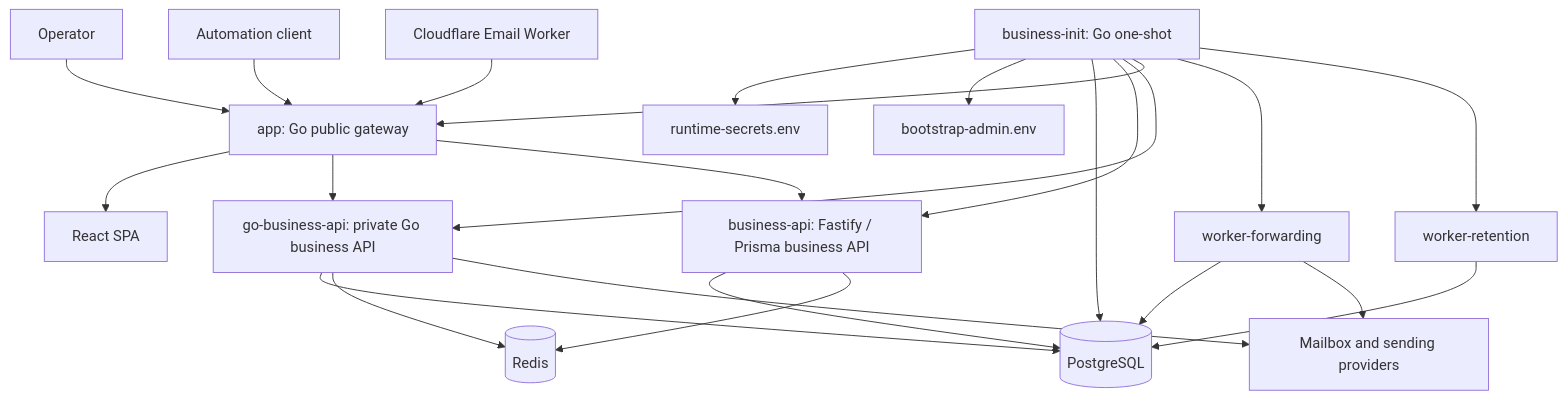
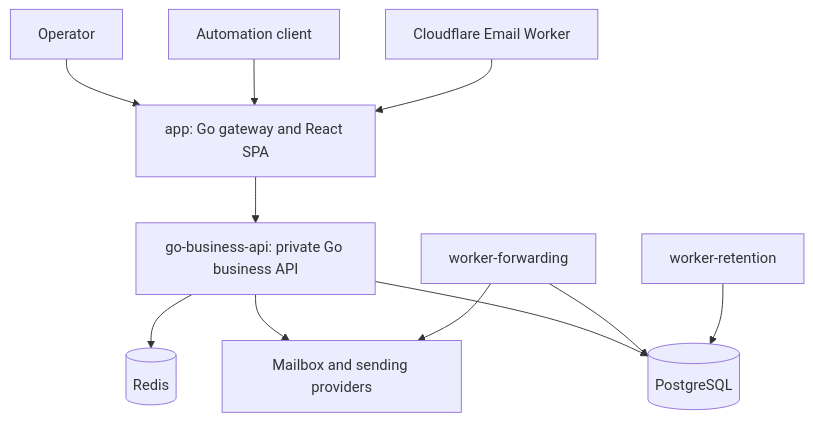
One commit to feng123-new/all-Mail changed the diagram in README.md. Above: the diagram before and after it, drawn with Mermaid. The commit also changed other lines of this file and 250 other files, not shown here.

````diff
--- a/README.md
+++ b/README.md
@@ -39,29 +32,13 @@
 ```mermaid
 flowchart TD
-    Operator[Operator] --> GoAPI[app: Go public gateway]
-    Automation[Automation client] --> GoAPI
-    Edge[Cloudflare Email Worker] --> GoAPI
-
-    GoAPI --> SPA[React SPA]
-    GoAPI --> GoBusiness[go-business-api: private Go business API]
-    GoAPI --> Legacy[business-api: Fastify / Prisma business API]
-
-    GoBusiness --> Postgres[(PostgreSQL)]
-    GoBusiness --> Redis[(Redis)]
-    GoBusiness --> Providers[Mailbox and sending providers]
-    Legacy --> Postgres[(PostgreSQL)]
-    Legacy --> Redis[(Redis)]
-
+    Operator[Operator] --> App[app: Go gateway and React SPA]
+    Automation[Automation client] --> App
+    Edge[Cloudflare Email Worker] --> App
+    App --> Business[go-business-api: private Go business API]
+    Business --> Postgres[(PostgreSQL)]
+    Business --> Redis[(Redis)]
+    Business --> Providers[Mailbox and sending providers]
     Forwarding[worker-forwarding] --> Postgres
     Forwarding --> Providers
     Retention[worker-retention] --> Postgres
-
-    GoInit[business-init: Go one-shot] --> RuntimeSecrets[runtime-secrets.env]
-    GoInit --> AdminSecret[bootstrap-admin.env]
-    GoInit --> Postgres
-    GoInit --> Legacy
-    GoInit --> GoBusiness
-    GoInit --> GoAPI
-    GoInit --> Forwarding
-    GoInit --> Retention
 ```
````
